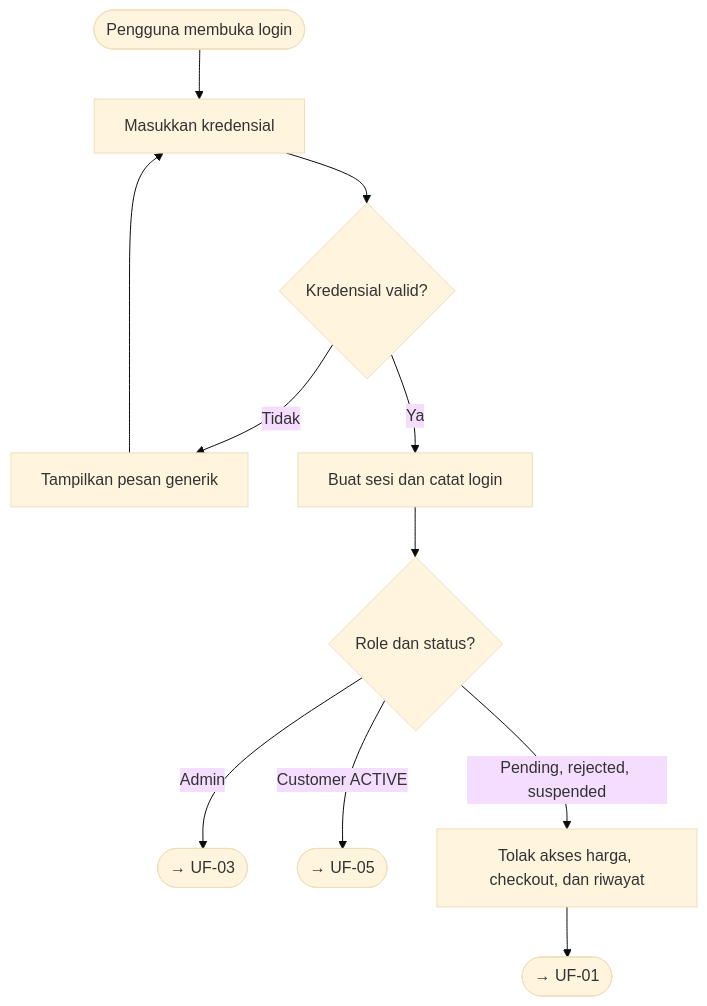
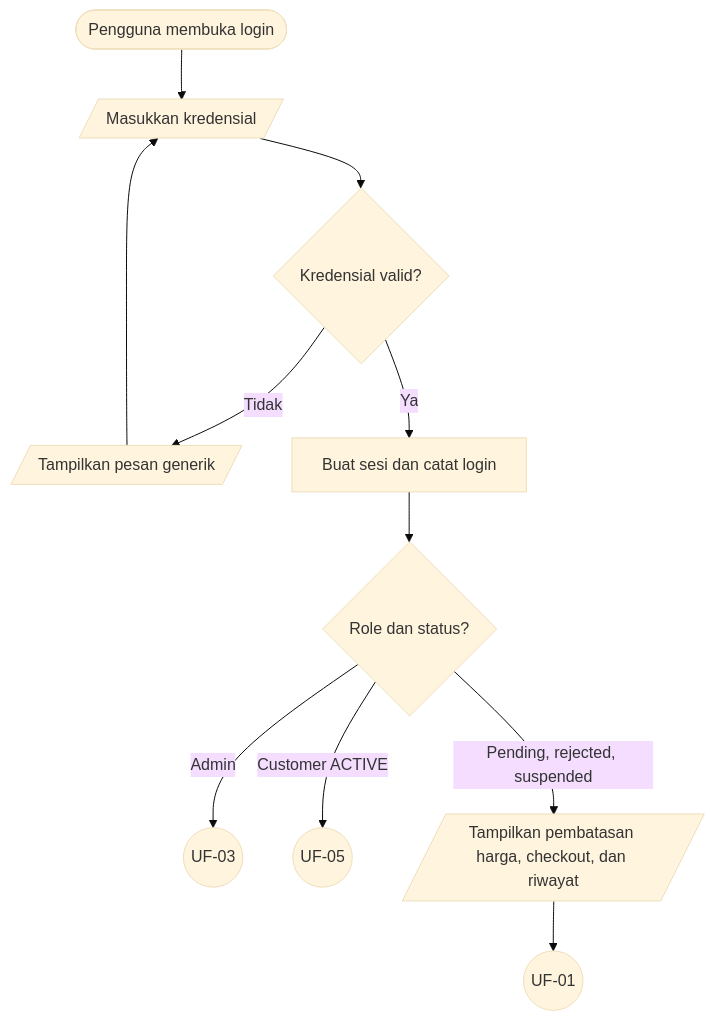
Before and after one commit to Webekspres/pixel-komunika: the fourth of 18 diagrams in docs/design/USER_FLOWS.md, drawn with Mermaid (base theme). The commit also changed other lines of this file, not shown here.

Commit message:
docs: standardize user flow notation

````diff
--- a/docs/design/USER_FLOWS.md
+++ b/docs/design/USER_FLOWS.md
@@ -131,17 +155,17 @@
 ```mermaid
 flowchart TD
-    A([Pengguna membuka login]) --> B["Masukkan kredensial"]
+    A(["Pengguna membuka login"]) --> B[/"Masukkan kredensial"/]
     B --> C{"Kredensial valid?"}
-    C -->|Tidak| D["Tampilkan pesan generik"]
+    C -->|Tidak| D[/"Tampilkan pesan generik"/]
     D --> B
     C -->|Ya| E["Buat sesi dan catat login"]
     E --> F{"Role dan status?"}
-    F -->|Admin| C_UF03(["→ UF-03"])
-    F -->|Customer ACTIVE| C_UF05(["→ UF-05"])
-    F -->|Pending, rejected, suspended| G["Tolak akses harga, checkout, dan riwayat"]
-    G --> C_UF01(["→ UF-01"])
+    F -->|Admin| C_UF03((UF-03))
+    F -->|Customer ACTIVE| C_UF05((UF-05))
+    F -->|Pending, rejected, suspended| G[/"Tampilkan pembatasan harga, checkout, dan riwayat"/]
+    G --> C_UF01((UF-01))
 
     click C_UF01 "#uf-01-akses-katalog-publik"
     click C_UF03 "#uf-03-review-dan-status-pelanggan"
     click C_UF05 "#uf-05-detail-produk-dan-cart"
 ```
````
